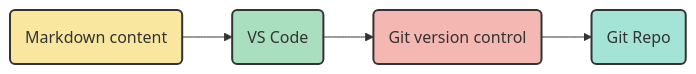
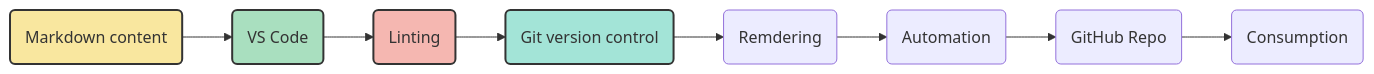
One commit to buckeye43210/markdown-to-snowkb changed the fourth of 12 diagrams in README.md. Above: the diagram before and after it, drawn with Mermaid. The commit also changed other lines of this file and 4 other files, not shown here.

````diff
--- a/README.md
+++ b/README.md
@@ -195,17 +221,21 @@
 ```mermaid
 graph LR
     A(Markdown content)
     A --> B(VS Code)
-    B --> C(Git version control)
-    C --> D(Git Repo)
+    B --> C(Linting)
+    C --> D(Git version control)
+    D --> E(Remdering)
+    E --> F(Automation)
+    F --> G(GitHub Repo)
+    G --> H(Consumption)
 
     classDef markdown fill:#f9e79f,stroke:#333,stroke-width:2px;
     classDef git fill:#a9dfbf,stroke:#333,stroke-width:2px;
     classDef tools fill:#f5b7b1,stroke:#333,stroke-width:2px;
     classDef repo fill:#a3e4d7,stroke:#333,stroke-width:2px;
 
     class A markdown;
     class B git;
     class C tools;
     class D repo;
 ```
````
